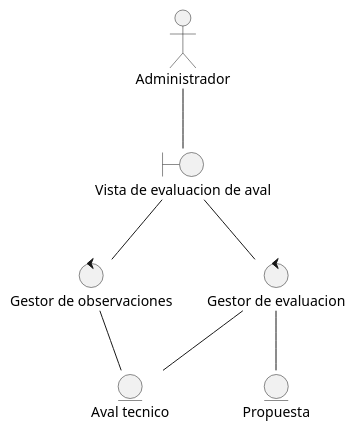
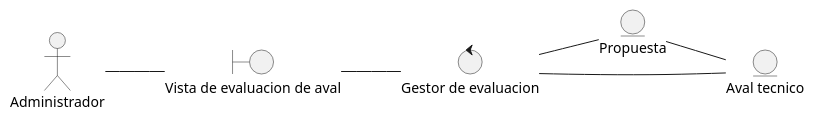
The diagram in docs/scenariosView/DisciplinaDeAnalisisDiagramaDeClaseResponderEvaluacion.plantuml (Samantha-Ramirez/ProyectoEquipo7ING), drawn with PlantUML before and after one commit. The commit also changed 26 other files, not shown here.

Commit message:
Diagramas de clases de analisis y paquetes 2906

```diff
--- a/docs/scenariosView/DisciplinaDeAnalisisDiagramaDeClaseResponderEvaluacion.plantuml
+++ b/docs/scenariosView/DisciplinaDeAnalisisDiagramaDeClaseResponderEvaluacion.plantuml
@@ -1,19 +1,19 @@
 @startuml DisciplinaDeAnalisisDiagramaDeClaseResponderEvaluacion
+left to right direction
+
 actor "Administrador" as actorAdmin
 
+entity "Propuesta" as entidadPropuesta
 entity "Aval tecnico" as entidadAval
-entity "Propuesta" as entidadPropuesta
 
-boundary "Vista de evaluacion de aval" as vistaRespuestaEvaluacion
+boundary "Vista de evaluacion de aval" as vistaEvaluacion
 
 control "Gestor de evaluacion" as ctrlGestorEvaluacion
-control "Gestor de observaciones" as ctrlGestorObservaciones
 
-actorAdmin -- vistaRespuestaEvaluacion
-vistaRespuestaEvaluacion -- ctrlGestorEvaluacion
+actorAdmin -- vistaEvaluacion
+vistaEvaluacion -- ctrlGestorEvaluacion
 ctrlGestorEvaluacion -- entidadPropuesta
+entidadPropuesta -- entidadAval
 ctrlGestorEvaluacion -- entidadAval
-vistaRespuestaEvaluacion -- ctrlGestorObservaciones
-ctrlGestorObservaciones -- entidadAval
 
 @enduml
```
